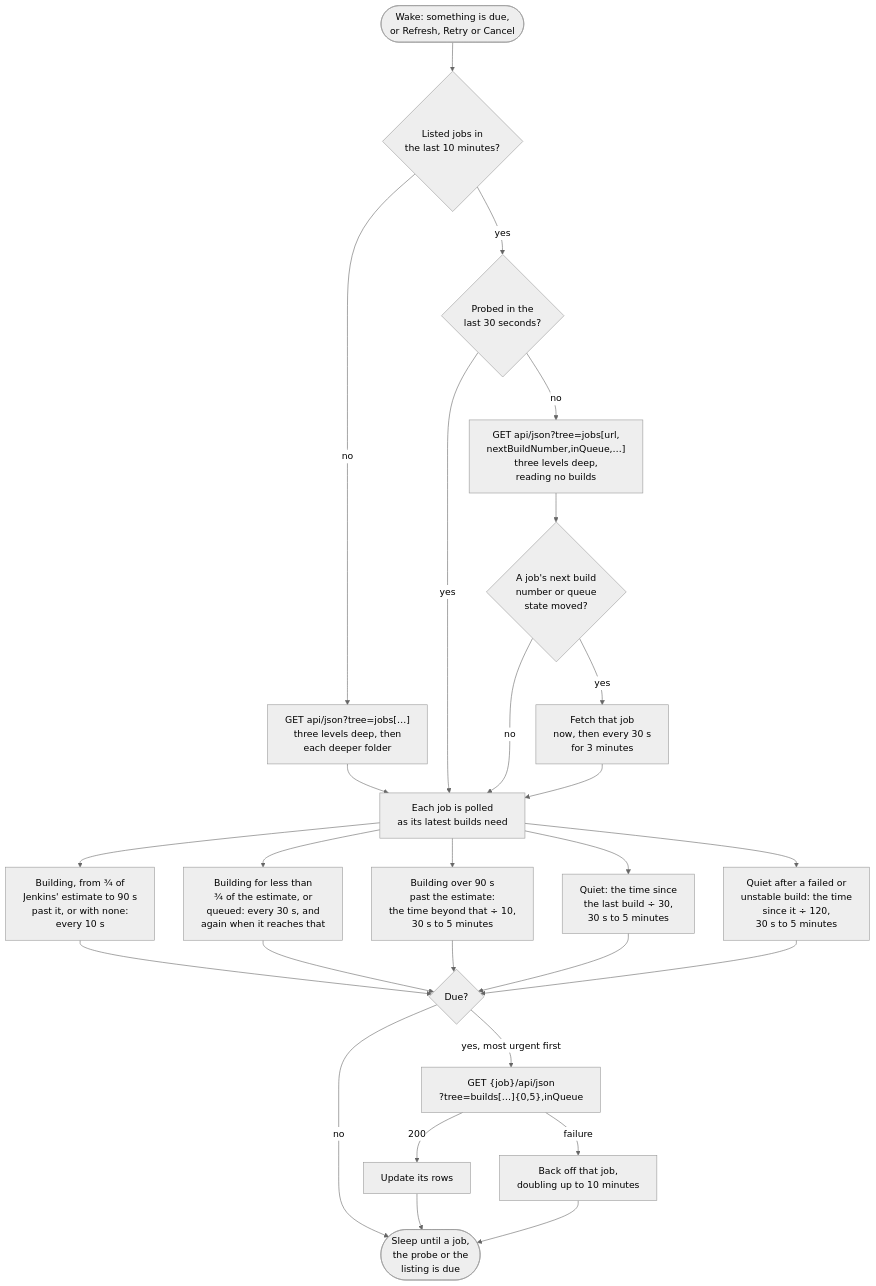
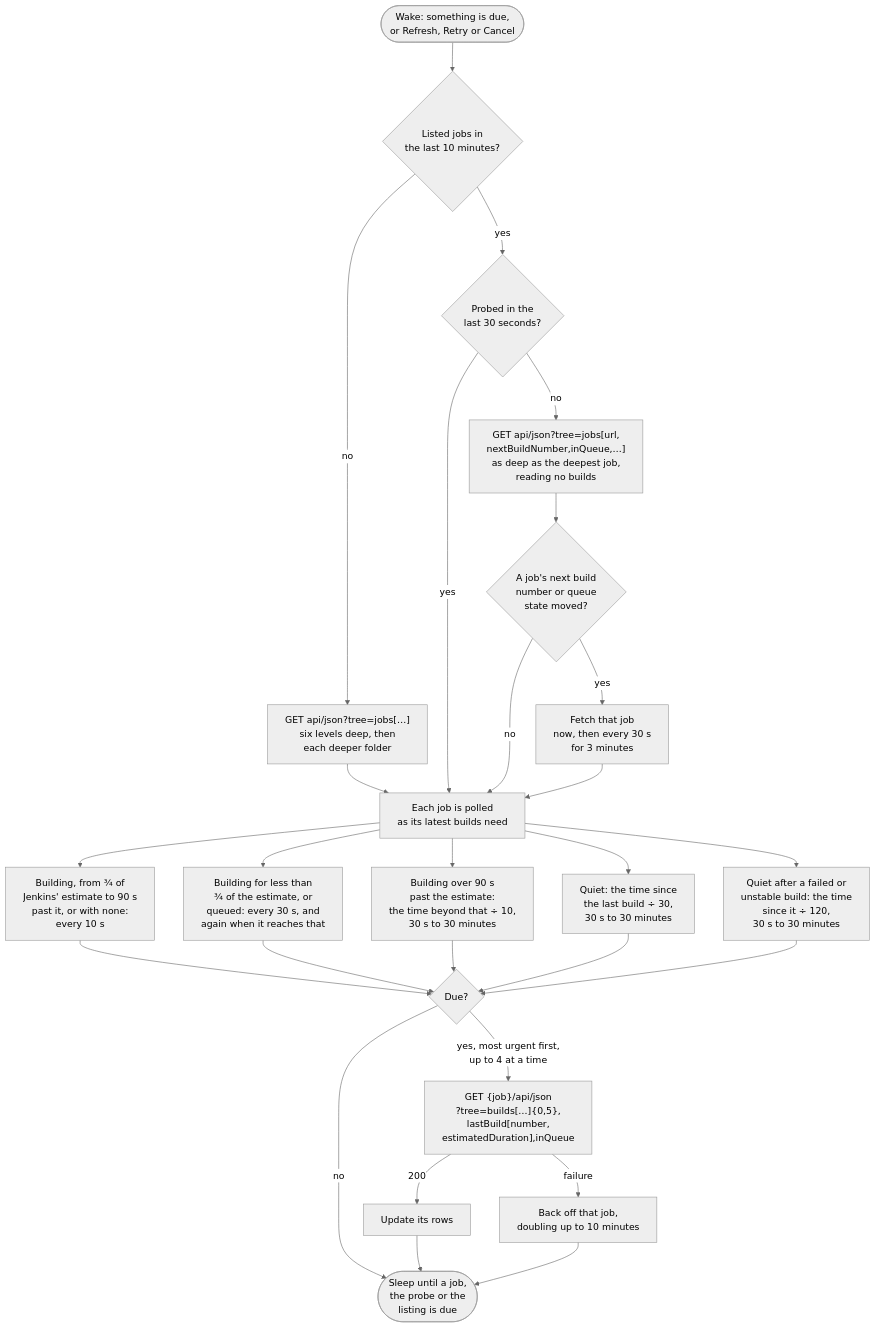
The diagram in docs/mdsource/providers/jenkins.source.md (SimonCropp/BuildMonitor), drawn with Mermaid (neutral theme) before and after one commit. The commit also changed other lines of this file and 92 other files, not shown here.

````diff
--- a/docs/mdsource/providers/jenkins.source.md
+++ b/docs/mdsource/providers/jenkins.source.md
@@ -32,34 +32,34 @@
 ```mermaid
 ---
 config:
   flowchart:
     wrappingWidth: 400
 ---
 flowchart TD
     wake(["Wake: something is due,<br/>or Refresh, Retry or Cancel"]) --> listed{"Listed jobs in<br/>the last 10 minutes?"}
-    listed -- "no" --> discover["GET api/json?tree=jobs[…]<br/>three levels deep, then<br/>each deeper folder"]
+    listed -- "no" --> discover["GET api/json?tree=jobs[…]<br/>six levels deep, then<br/>each deeper folder"]
     listed -- "yes" --> probed{"Probed in the<br/>last 30 seconds?"}
-    probed -- "no" --> probe["GET api/json?tree=jobs[url,<br/>nextBuildNumber,inQueue,…]<br/>three levels deep,<br/>reading no builds"]
+    probed -- "no" --> probe["GET api/json?tree=jobs[url,<br/>nextBuildNumber,inQueue,…]<br/>as deep as the deepest job,<br/>reading no builds"]
     probe --> moved{"A job's next build<br/>number or queue<br/>state moved?"}
     moved -- "yes" --> nudge["Fetch that job<br/>now, then every 30 s<br/>for 3 minutes"]
     discover --> interval["Each job is polled<br/>as its latest builds need"]
     probed -- "yes" --> interval
     moved -- "no" --> interval
     nudge --> interval
     interval --> finishing["Building, from ¾ of<br/>Jenkins' estimate to 90 s<br/>past it, or with none:<br/>every 10 s"]
     interval --> running["Building for less than<br/>¾ of the estimate, or<br/>queued: every 30 s, and<br/>again when it reaches that"]
-    interval --> overrun["Building over 90 s<br/>past the estimate:<br/>the time beyond that ÷ 10,<br/>30 s to 5 minutes"]
-    interval --> quiet["Quiet: the time since<br/>the last build ÷ 30,<br/>30 s to 5 minutes"]
-    interval --> failed["Quiet after a failed or<br/>unstable build: the time<br/>since it ÷ 120,<br/>30 s to 5 minutes"]
+    interval --> overrun["Building over 90 s<br/>past the estimate:<br/>the time beyond that ÷ 10,<br/>30 s to 30 minutes"]
+    interval --> quiet["Quiet: the time since<br/>the last build ÷ 30,<br/>30 s to 30 minutes"]
+    interval --> failed["Quiet after a failed or<br/>unstable build: the time<br/>since it ÷ 120,<br/>30 s to 30 minutes"]
     finishing --> due{"Due?"}
     running --> due
     overrun --> due
     quiet --> due
     failed --> due
     due -- "no" --> sleep(["Sleep until a job,<br/>the probe or the<br/>listing is due"])
-    due -- "yes, most urgent first" --> fetch["GET {job}/api/json<br/>?tree=builds[…]{0,5},inQueue"]
+    due -- "yes, most urgent first,<br/>up to 4 at a time" --> fetch["GET {job}/api/json<br/>?tree=builds[…]{0,5},<br/>lastBuild[number,<br/>estimatedDuration],inQueue"]
     fetch -- "200" --> rows["Update its rows"]
     fetch -- "failure" --> backoff["Back off that job,<br/>doubling up to 10 minutes"]
     rows --> sleep
     backoff --> sleep
 ```
````
